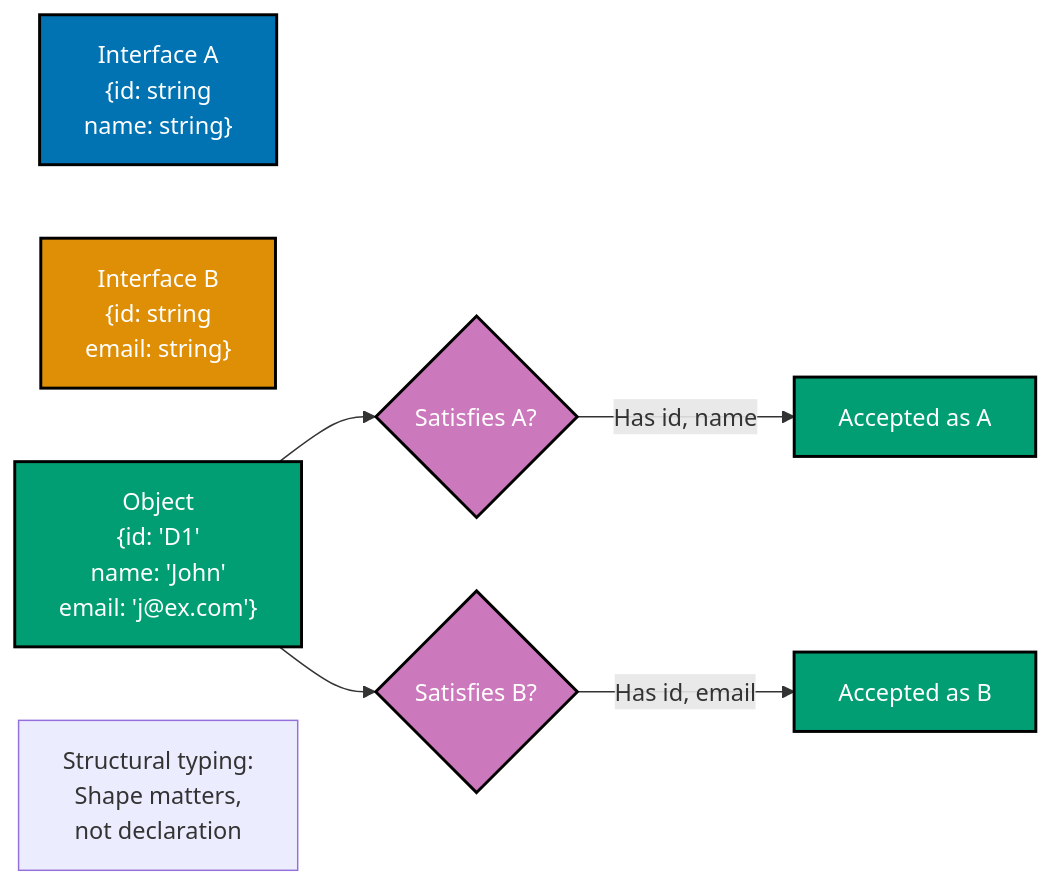
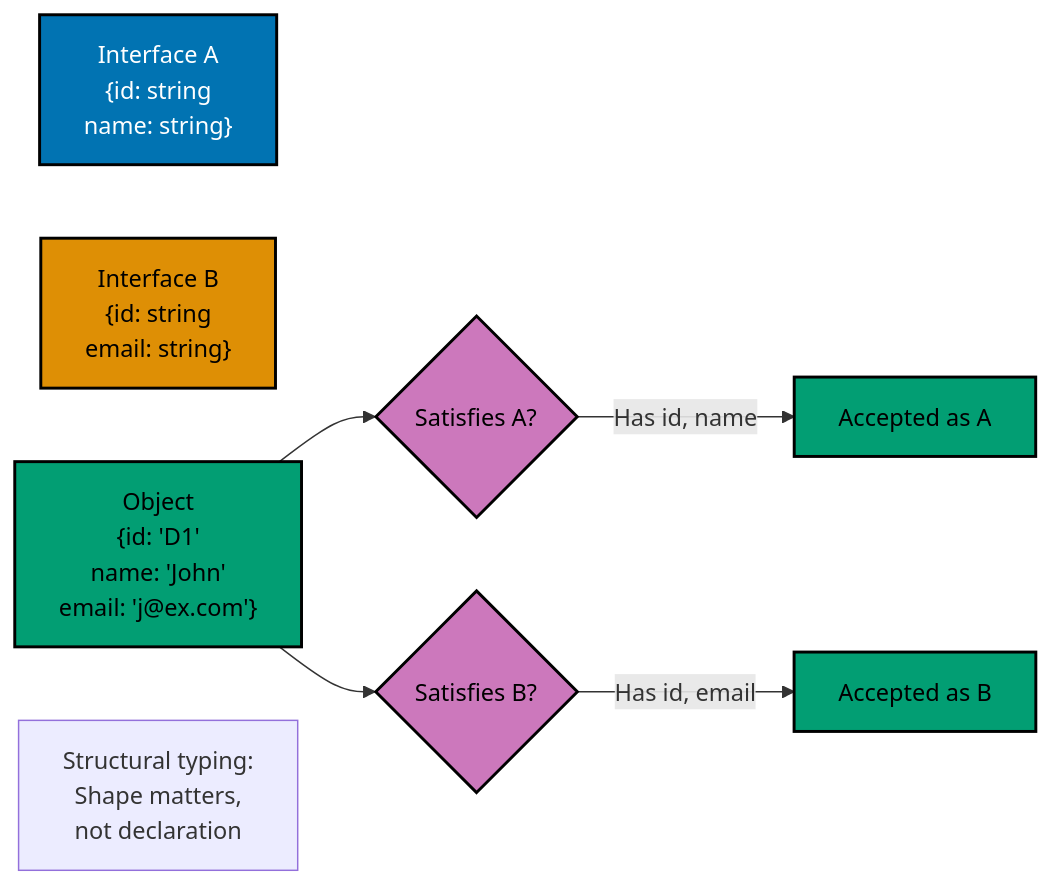
Before and after one commit to wahidyankf/ose-public: the third of 3 diagrams in docs/explanation/software-engineering/programming-languages/typescript/interfaces-and-types.md, drawn with Mermaid. The commit also changed other lines of this file and 57 other files, not shown here.

First line of the commit message:
docs(diagrams): make docs diagrams accessible

````diff
--- a/docs/explanation/software-engineering/programming-languages/typescript/interfaces-and-types.md
+++ b/docs/explanation/software-engineering/programming-languages/typescript/interfaces-and-types.md
@@ -293,23 +297,25 @@
 ```mermaid
 %% Color Palette: Blue #0173B2, Orange #DE8F05, Teal #029E73, Purple #CC78BC, Brown #CA9161
 graph LR
+    accTitle: Structural Typing Duck Typing
+    accDescr: Object id: 'D1' name: 'John' email: 'j@ex.com' leads to Satisfies A?; Object id: 'D1' name: 'John' email: 'j@ex.com' leads to Satisfies B?; Satisfies A? leads to Accepted as A via Has id, name; and 1 more links.
     Type1["Interface A<br/>{id: string<br/>name: string}"]:::blue
     Type2["Interface B<br/>{id: string<br/>email: string}"]:::orange
     Object["Object<br/>{id: 'D1'<br/>name: 'John'<br/>email: 'j@ex.com'}"]:::teal
     Check1{"Satisfies A?"}:::purple
     Check2{"Satisfies B?"}:::purple
     Accept1["Accepted as A"]:::teal
     Accept2["Accepted as B"]:::teal
 
     Object --> Check1
     Object --> Check2
     Check1 -->|Has id, name| Accept1
     Check2 -->|Has id, email| Accept2
 
     Note1["Structural typing:<br/>Shape matters,<br/>not declaration"]
 
     classDef blue fill:#0173B2,stroke:#000000,color:#FFFFFF,stroke-width:2px
-    classDef orange fill:#DE8F05,stroke:#000000,color:#FFFFFF,stroke-width:2px
-    classDef teal fill:#029E73,stroke:#000000,color:#FFFFFF,stroke-width:2px
-    classDef purple fill:#CC78BC,stroke:#000000,color:#FFFFFF,stroke-width:2px
+    classDef orange fill:#DE8F05,stroke:#000000,color:#000000,stroke-width:2px
+    classDef teal fill:#029E73,stroke:#000000,color:#000000,stroke-width:2px
+    classDef purple fill:#CC78BC,stroke:#000000,color:#000000,stroke-width:2px
 ```
````
